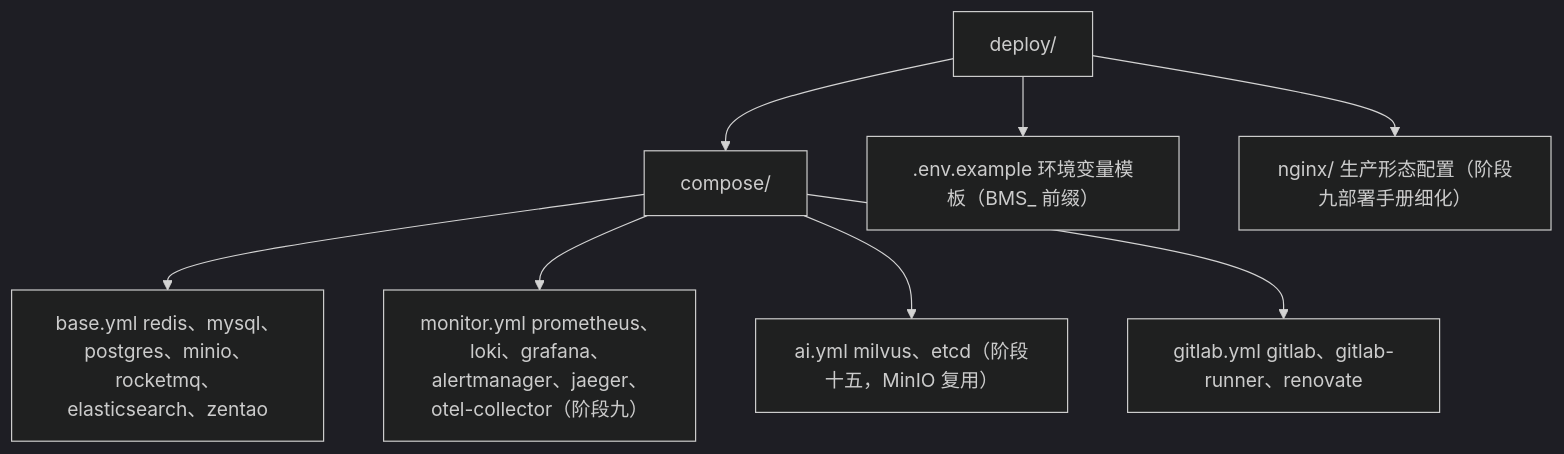
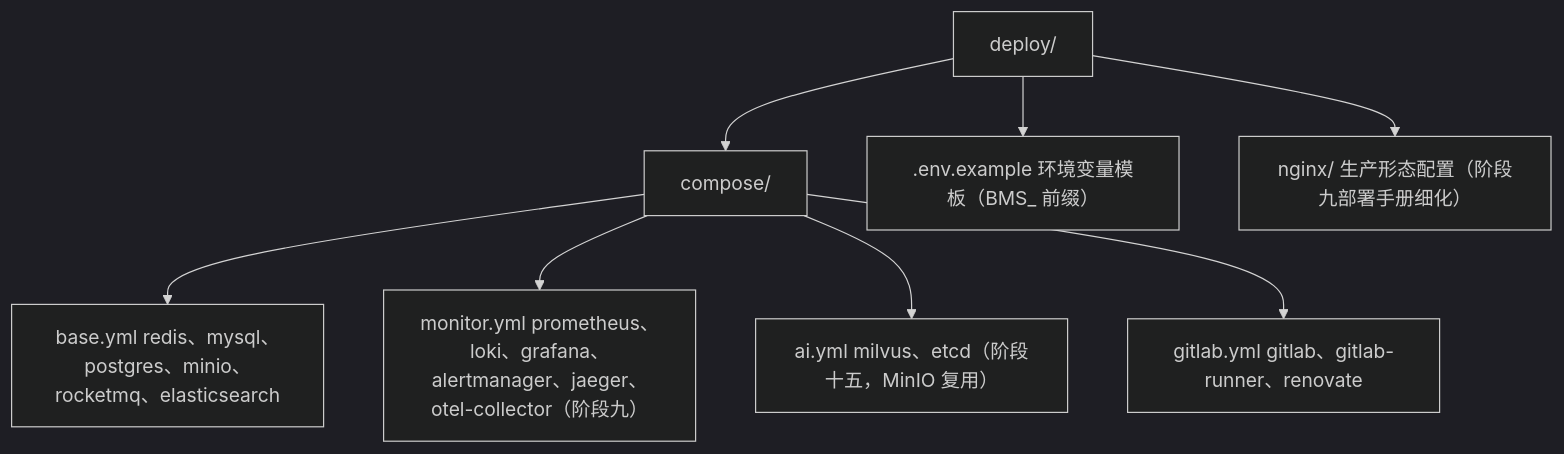
One commit to minjian123/basic-management-system changed the diagram in 文档/规划/开发部署规划.md. Above: the diagram before and after it, drawn with Mermaid (dark theme). The commit also changed other lines of this file and 103 other files, not shown here.

````diff
--- a/文档/规划/开发部署规划.md
+++ b/文档/规划/开发部署规划.md
@@ -136,10 +136,10 @@
 ```mermaid
 graph TD
     A["deploy/"] --> B["compose/"]
-    B --> B1["base.yml redis、mysql、postgres、minio、rocketmq、elasticsearch、zentao"]
+    B --> B1["base.yml redis、mysql、postgres、minio、rocketmq、elasticsearch"]
     B --> B2["monitor.yml prometheus、loki、grafana、alertmanager、jaeger、otel-collector（阶段九）"]
     B --> B3["ai.yml milvus、etcd（阶段十五，MinIO 复用）"]
     B --> B4["gitlab.yml gitlab、gitlab-runner、renovate"]
     A --> C[".env.example 环境变量模板（BMS_ 前缀）"]
     A --> D["nginx/ 生产形态配置（阶段九部署手册细化）"]
 ```
````
